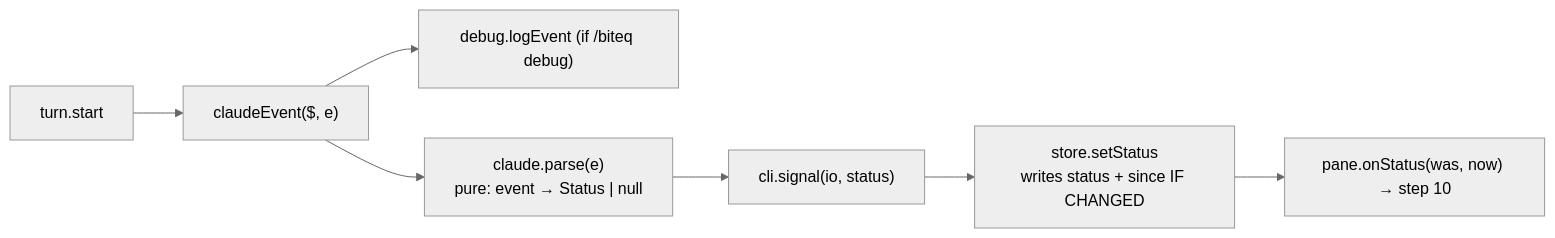
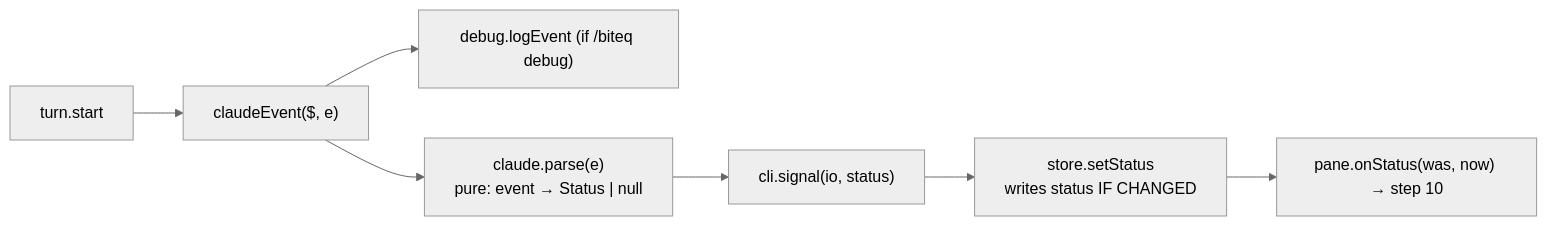
One commit to mingzew/biteq changed the seventh of 12 diagrams in docs/lesson-plan.md. Above: the diagram before and after it, drawn with Mermaid (neutral theme). The commit also changed other lines of this file and 17 other files, not shown here.

````diff
--- a/docs/lesson-plan.md
+++ b/docs/lesson-plan.md
@@ -352,9 +354,9 @@
 ```mermaid
 flowchart LR
   E["turn.start"] --> CE["claudeEvent($, e)"]
   CE --> LOG["debug.logEvent (if /biteq debug)"]
   CE --> P["claude.parse(e)<br/>pure: event → Status | null"]
   P --> SG["cli.signal(io, status)"]
-  SG --> SS["store.setStatus<br/>writes status + since IF CHANGED"]
+  SG --> SS["store.setStatus<br/>writes status IF CHANGED"]
   SS --> OS["pane.onStatus(was, now) → step 10"]
 ```
````
